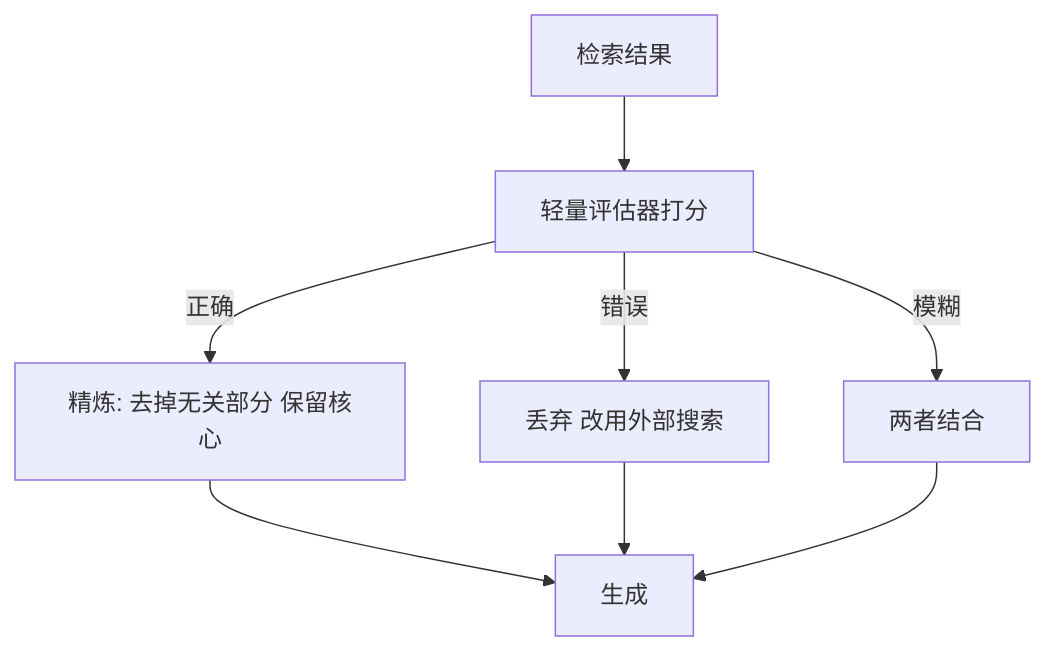
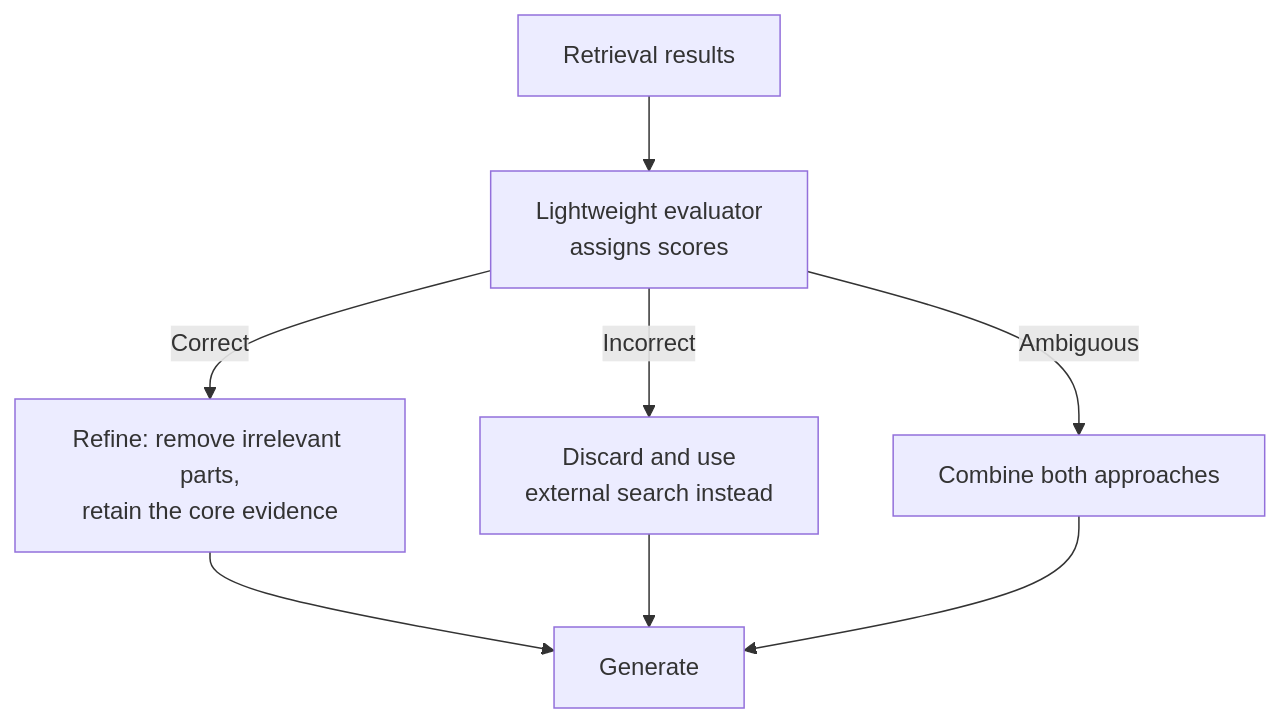
The second of 5 diagrams in docs/rag/04-advanced/15-advanced-rag-paradigms.md (oneleaveknowsthefall/awesome-ai-roadmap), drawn with Mermaid before and after one commit. The commit also changed other lines of this file and 60 other files, not shown here.

````diff
--- a/docs/rag/04-advanced/15-advanced-rag-paradigms.md
+++ b/docs/rag/04-advanced/15-advanced-rag-paradigms.md
@@ -50,10 +50,10 @@
 ```mermaid
 flowchart TB
-    R[检索结果] --> E[轻量评估器打分]
-    E -->|正确| C[精炼: 去掉无关部分 保留核心]
-    E -->|错误| W[丢弃 改用外部搜索]
-    E -->|模糊| A[两者结合]
-    C --> G[生成]
+    R[Retrieval results] --> E[Lightweight evaluator<br/>assigns scores]
+    E -->|Correct| C[Refine: remove irrelevant parts,<br/>retain the core evidence]
+    E -->|Incorrect| W[Discard and use<br/>external search instead]
+    E -->|Ambiguous| A[Combine both approaches]
+    C --> G[Generate]
     W --> G
     A --> G
 ```
````
